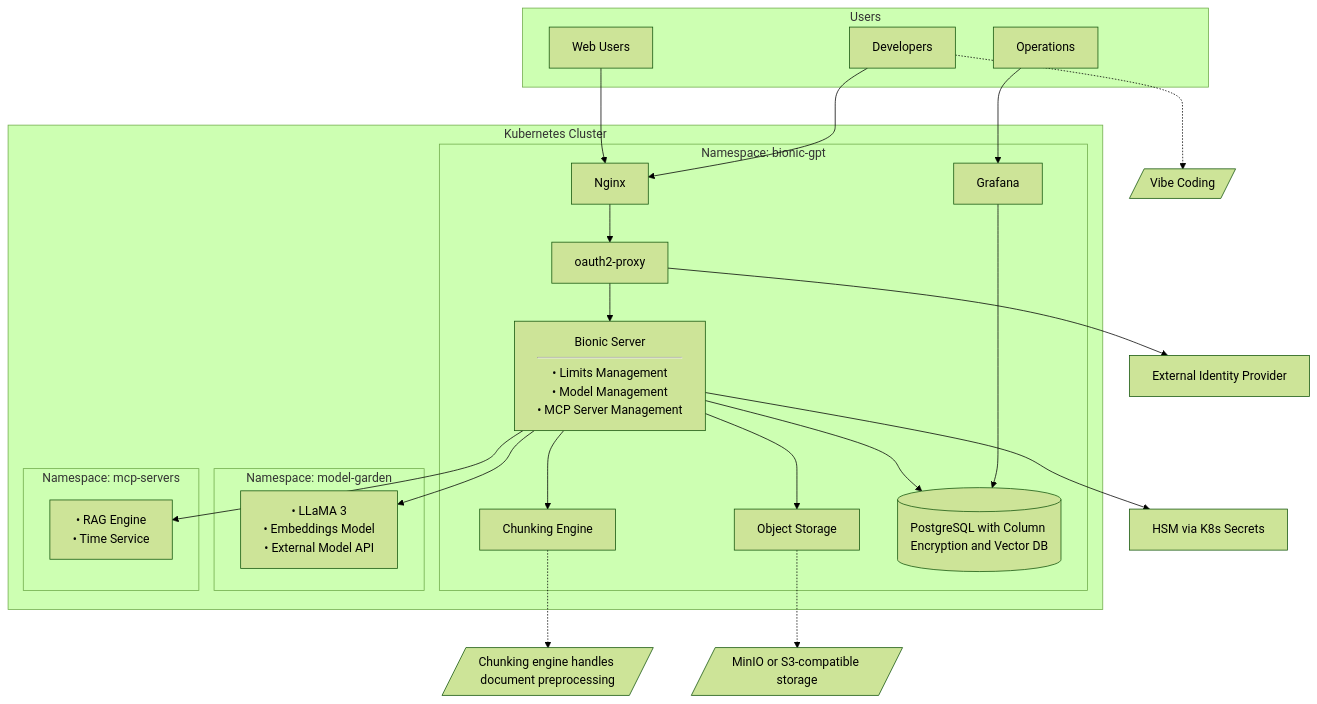
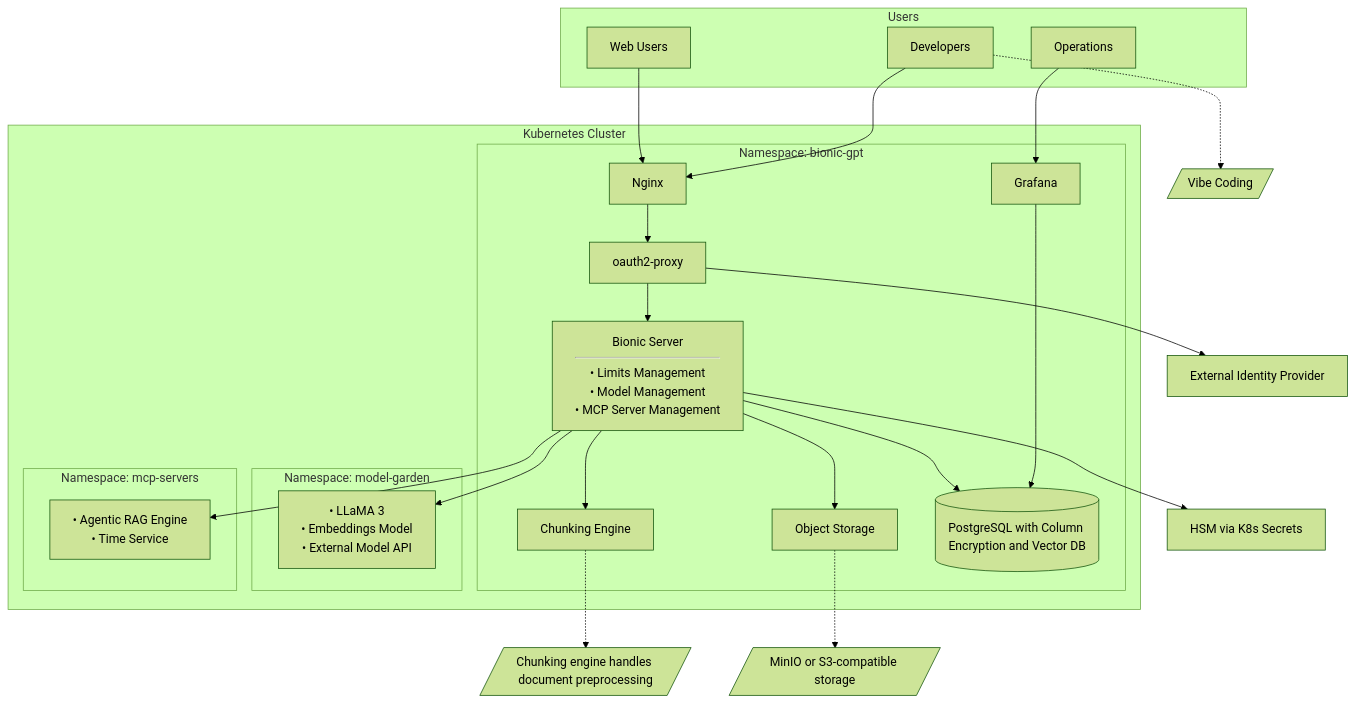
Before and after one commit to bionic-gpt/bionic-gpt: the diagram in README.md, drawn with Mermaid (forest theme). The commit also changed other lines of this file and 26 other files, not shown here.

Commit message:
Agentic RAG

````diff
--- a/README.md
+++ b/README.md
@@ -151,64 +151,64 @@
 ```mermaid
 flowchart TD
   subgraph Users
     Web[Web Users]
     Devs[Developers]
     Ops[Operations]
   end
 
   subgraph "Kubernetes Cluster"
     
     subgraph "Namespace: bionic-gpt"
       Nginx[Nginx]
       OAuth[oauth2-proxy]
       Server["Bionic Server<br><hr>• Limits Management<br>• Model Management<br>• MCP Server Management"]
       Chunking[Chunking Engine]
       ObjectStore[Object Storage]
       DB[(PostgreSQL with Column Encryption and Vector DB)]
       Grafana[Grafana]
     end
 
     subgraph "Namespace: model-garden"
       MG["
 • LLaMA 3
 • Embeddings Model
 • External Model API
 "]
     end
 
     subgraph "Namespace: mcp-servers"
       MCP["
-• RAG Engine
+• Agentic RAG Engine
 • Time Service
 "]
     end
 
   end
 
   Web --> Nginx
   Devs --> Nginx
   Ops --> Grafana
 
   Nginx --> OAuth
   OAuth --> IdP[External Identity Provider]
   OAuth --> Server
 
   Server --> DB
   Grafana --> DB
 
   Server --> MG
   Server --> MCP
   Server --> Chunking
   Server --> ObjectStore
 
   Server --> Secrets[HSM via K8s Secrets]
 
   %% Notes
   Note1[/"MinIO or S3-compatible storage"/]
   Note2[/"Chunking engine handles document preprocessing"/]
   Note3[/"Vibe Coding"/]
 
   ObjectStore -.-> Note1
   Chunking -.-> Note2
   Devs -.-> Note3
 ```
````
